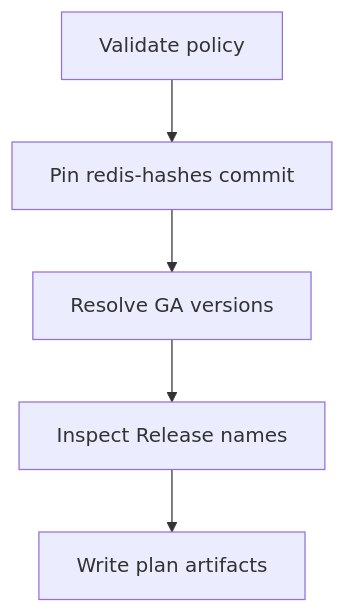
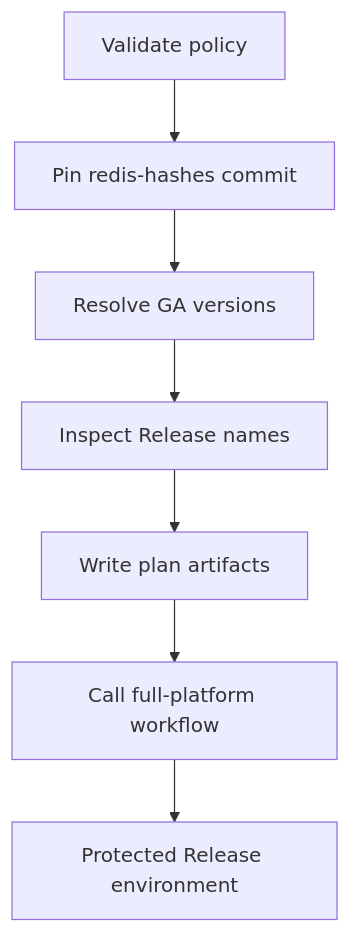
Before and after one commit to ainuoyan/redis-unofficial-builds: the diagram in docs/PLATFORM-DESIGN.md, drawn with Mermaid. The commit also changed other lines of this file and 11 other files, not shown here.

Commit message:
feat(release): automate scheduled full-platform publishing

````diff
--- a/docs/PLATFORM-DESIGN.md
+++ b/docs/PLATFORM-DESIGN.md
@@ -437,7 +440,9 @@
 ```mermaid
 flowchart TD
     A["Validate policy"] --> B["Pin redis-hashes commit"]
     B --> C["Resolve GA versions"]
     C --> D["Inspect Release names"]
     D --> E["Write plan artifacts"]
+    E --> F["Call full-platform workflow"]
+    F --> G["Protected Release environment"]
 ```
````
